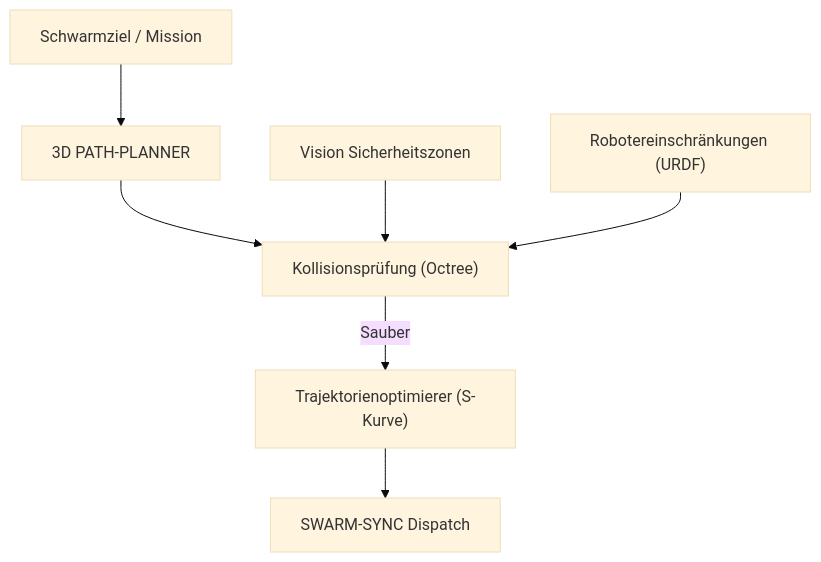
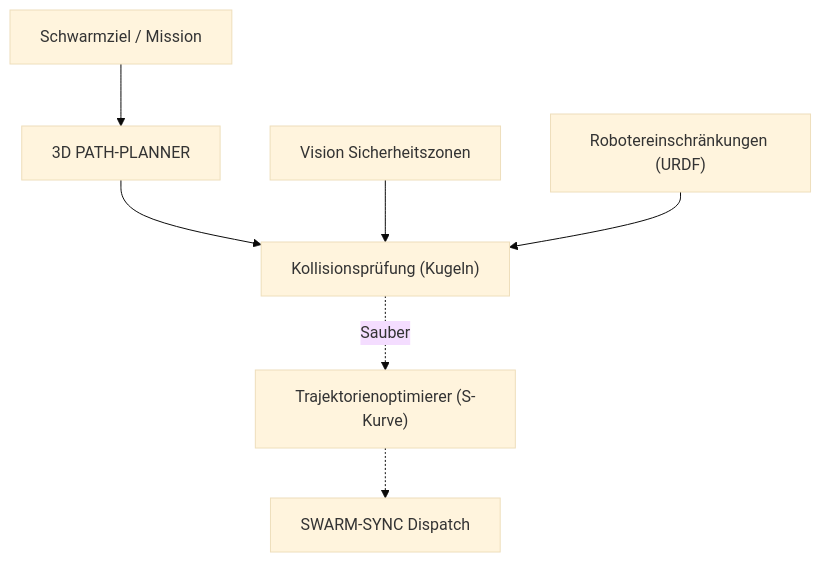
Before and after one commit to JuanenRac/HYDRA-UMC-PATH-PLANNER-3D: the diagram in README_deu.md, drawn with Mermaid (base theme). The commit also changed other lines of this file and 20 other files, not shown here.

````diff
--- a/README_deu.md
+++ b/README_deu.md
@@ -39,9 +40,9 @@
 ```mermaid
 flowchart TB
     GOAL["Schwarmziel / Mission"] --> PLAN["3D PATH-PLANNER"]
-    PLAN --> COLL["Kollisionsprüfung (Octree)"]
+    PLAN --> COLL["Kollisionsprüfung (Kugeln)"]
     VIS["Vision Sicherheitszonen"] --> COLL
     TWIN["Robotereinschränkungen (URDF)"] --> COLL
-    COLL -- Sauber --> OPT["Trajektorienoptimierer (S-Kurve)"]
-    OPT --> SYNC["SWARM-SYNC Dispatch"]
+    COLL -. Sauber .-> OPT["Trajektorienoptimierer (S-Kurve)"]
+    OPT -.-> SYNC["SWARM-SYNC Dispatch"]
 ```
````
